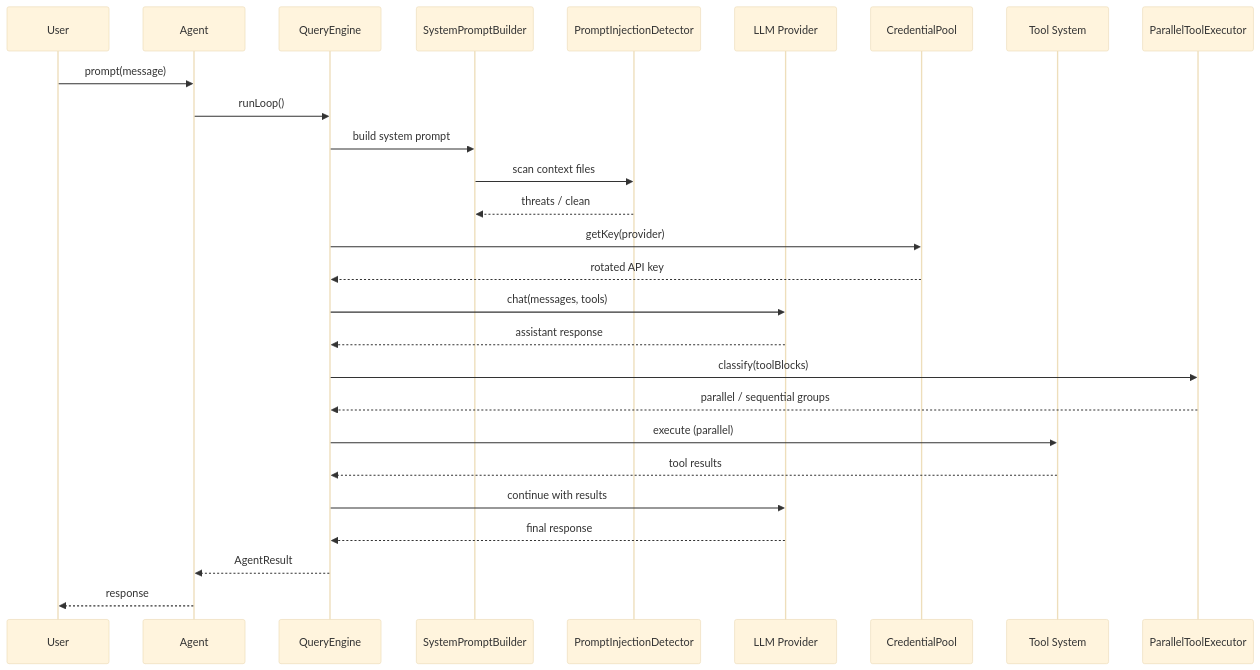
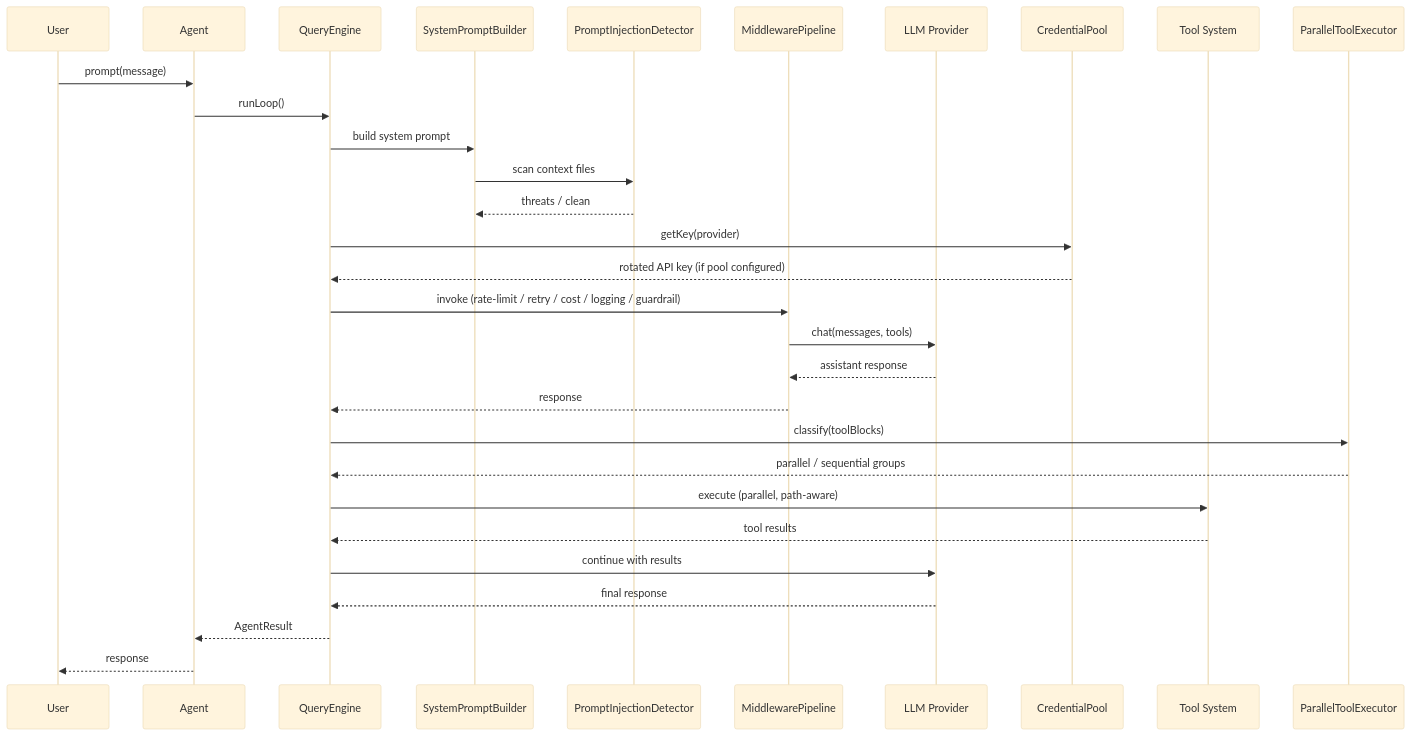
The third of 3 diagrams in docs/ARCHITECTURE.md (ForgeOmni/SuperAgent), drawn with Mermaid (base theme) before and after one commit. The commit also changed other lines of this file and 26 other files, not shown here.

````diff
--- a/docs/ARCHITECTURE.md
+++ b/docs/ARCHITECTURE.md
@@ -254,30 +385,33 @@
 ```mermaid
 sequenceDiagram
     participant User
     participant Agent
     participant QE as QueryEngine
     participant SPB as SystemPromptBuilder
     participant PID as PromptInjectionDetector
+    participant MW as MiddlewarePipeline
     participant Provider as LLM Provider
     participant CP as CredentialPool
     participant Tools as Tool System
     participant PTE as ParallelToolExecutor
 
     User->>Agent: prompt(message)
     Agent->>QE: runLoop()
     QE->>SPB: build system prompt
     SPB->>PID: scan context files
     PID-->>SPB: threats / clean
     QE->>CP: getKey(provider)
-    CP-->>QE: rotated API key
-    QE->>Provider: chat(messages, tools)
-    Provider-->>QE: assistant response
+    CP-->>QE: rotated API key (if pool configured)
+    QE->>MW: invoke (rate-limit / retry / cost / logging / guardrail)
+    MW->>Provider: chat(messages, tools)
+    Provider-->>MW: assistant response
+    MW-->>QE: response
     QE->>PTE: classify(toolBlocks)
     PTE-->>QE: parallel / sequential groups
-    QE->>Tools: execute (parallel)
+    QE->>Tools: execute (parallel, path-aware)
     Tools-->>QE: tool results
     QE->>Provider: continue with results
     Provider-->>QE: final response
     QE-->>Agent: AgentResult
     Agent-->>User: response
 ```
````
